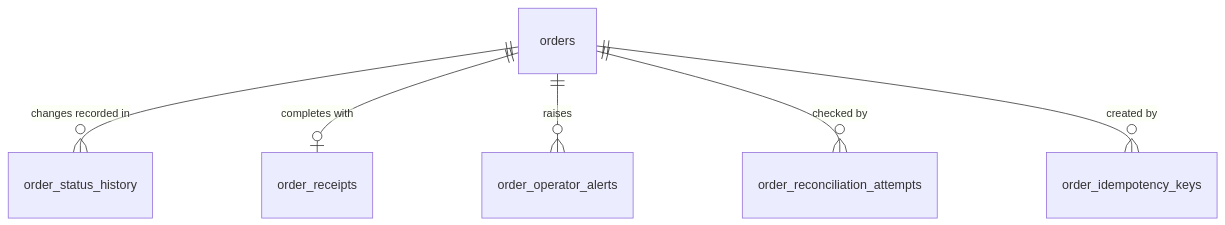
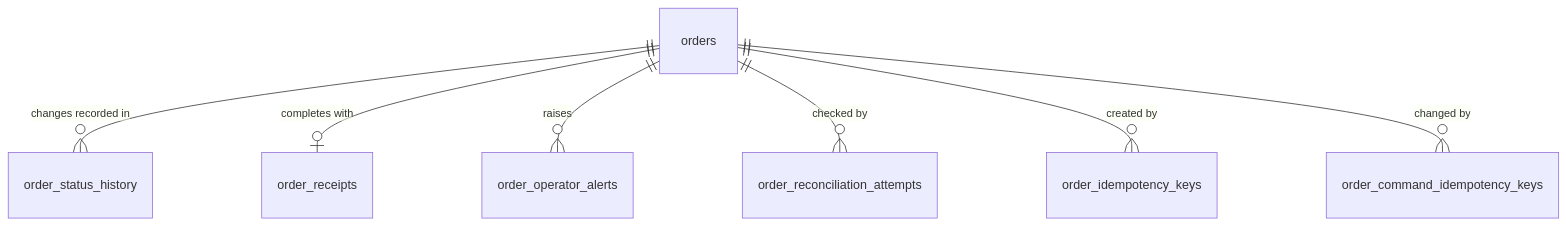
Before and after one commit to AY2627S1-CS3219-P30/foc-app: the diagram in docs/order-service/schema.md, drawn with Mermaid. The commit also changed other lines of this file and 18 other files, not shown here.

First line of the commit message:
fix(order): re-project a replayed command and key admin decisions (#268)

````diff
--- a/docs/order-service/schema.md
+++ b/docs/order-service/schema.md
@@ -61,8 +61,9 @@
 ```mermaid
 erDiagram
     orders ||--o{ order_status_history : "changes recorded in"
     orders ||--o| order_receipts : "completes with"
     orders ||--o{ order_operator_alerts : raises
     orders ||--o{ order_reconciliation_attempts : "checked by"
     orders ||--o{ order_idempotency_keys : "created by"
+    orders ||--o{ order_command_idempotency_keys : "changed by"
 ```
````
